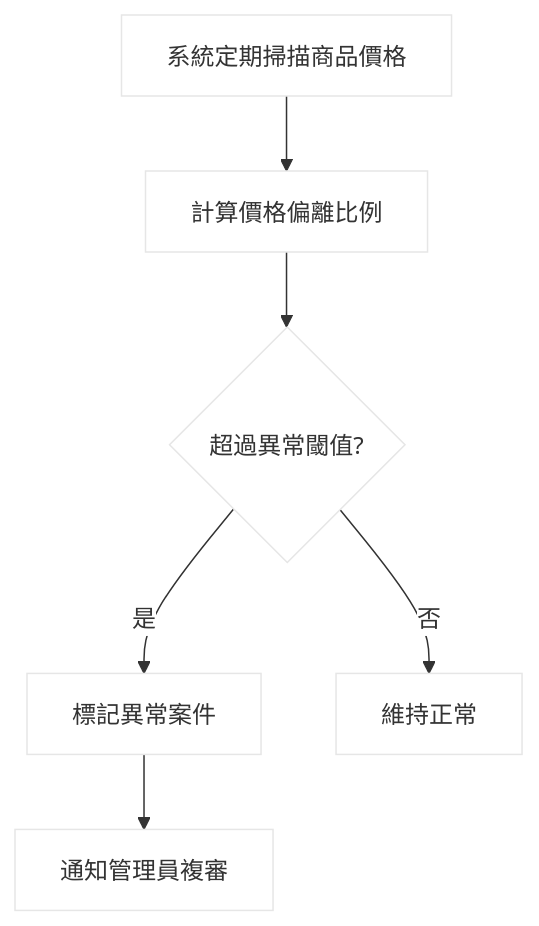
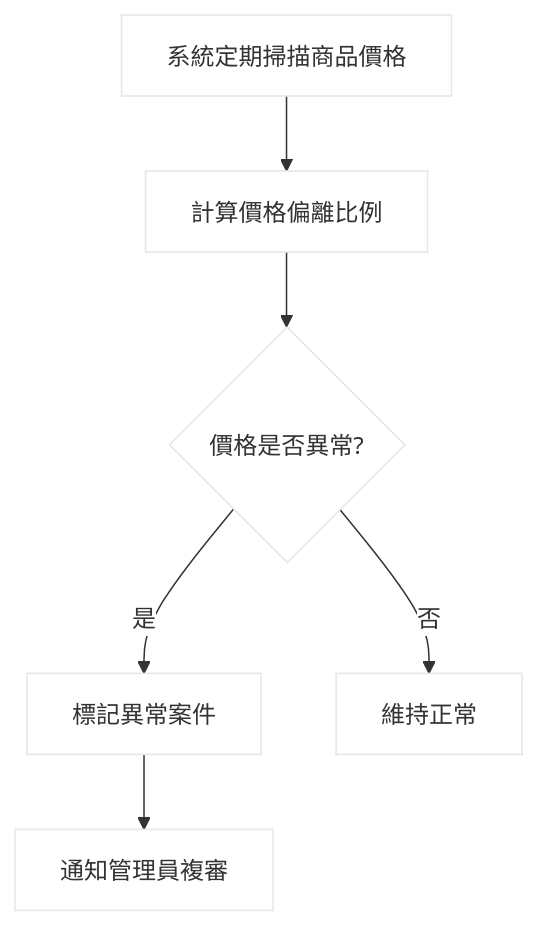
The ninth of 11 diagrams in 0427(改3).md (Bearrr-116/B11356021), drawn with Mermaid before and after one commit.

````diff
--- a/0427(改3).md
+++ b/0427(改3).md
@@ -363,9 +363,9 @@
 ```mermaid
 %%{init: {"theme":"base","themeVariables":{"primaryColor":"#ffffff","secondaryColor":"#ffffff","tertiaryColor":"#ffffff","mainBkg":"#ffffff","lineColor":"#333333","textColor":"#111111"}}}%%
 flowchart TD
     A[系統定期掃描商品價格] --> B[計算價格偏離比例]
-    B --> C{超過異常閾值?}
+    B --> C{價格是否異常?}
     C -- 是 --> D[標記異常案件]
     D --> E[通知管理員複審]
     C -- 否 --> F[維持正常]
 ```
````
